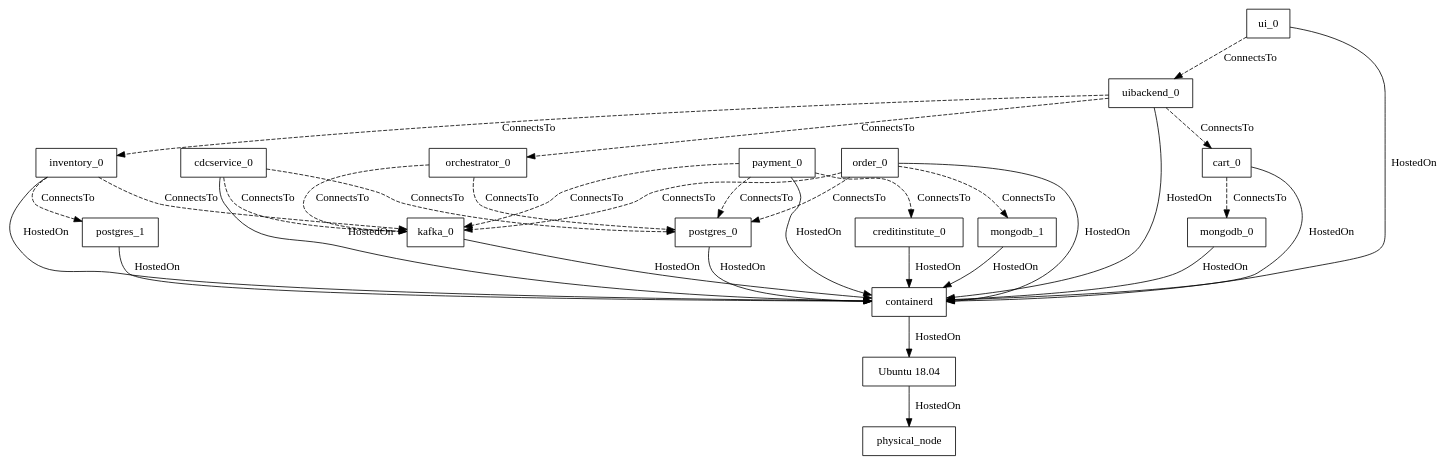
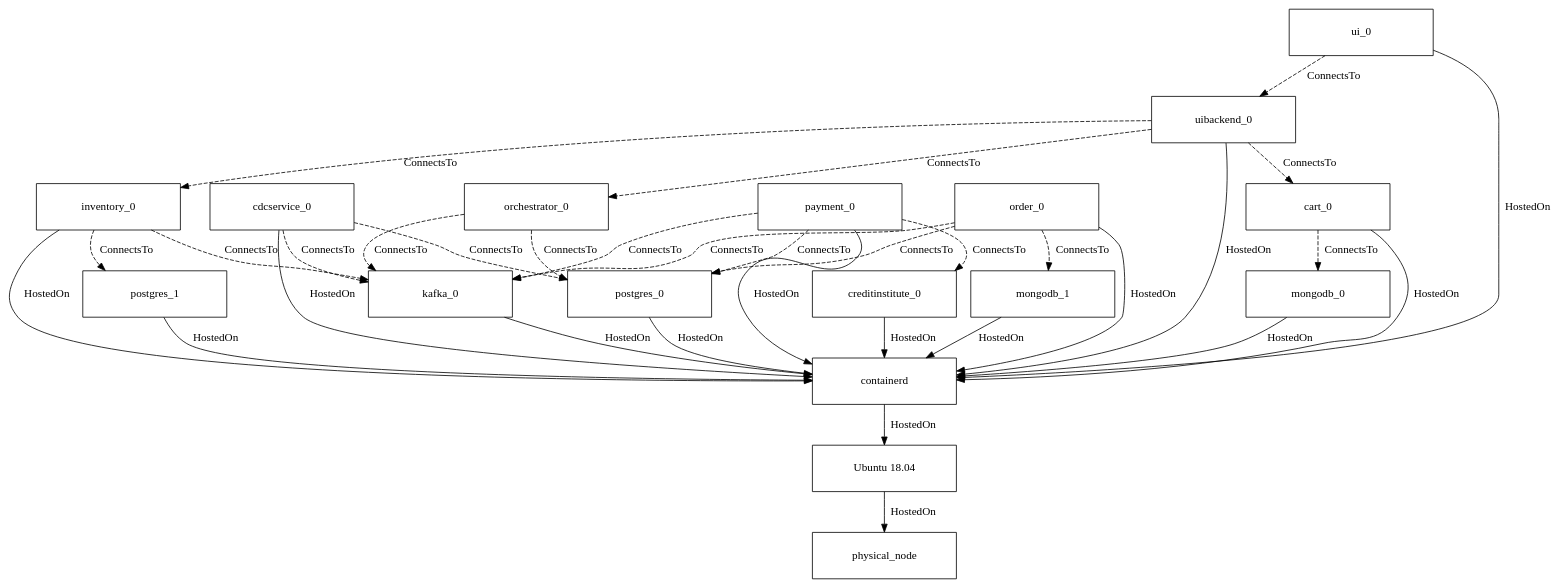
The diagram in example.dot (UST-DeMAF/layout-pipeline), drawn with Graphviz before and after one commit. The commit also changed 3 other files, not shown here.

```diff
--- a/example.dot
+++ b/example.dot
@@ -1,55 +1,55 @@
 strict digraph {
-    physical_node_0 [label="physical_node" shape="polygon"]
-    operating_system_0 [label="Ubuntu 18.04" shape="polygon"]
-    container_runtime_0 [label="containerd" shape="polygon"]
-    mongodb_0 [shape="polygon"]
-    mongodb_1 [shape="polygon"]
-    kafka_0 [shape="polygon"]
-    cdcservice_0 [shape="polygon"]
-    uibackend_0 [shape="polygon"]
-    cart_0 [shape="polygon"]
-    creditinstitute_0 [shape="polygon"]
-    ui_0 [shape="polygon"]
-    orchestrator_0 [shape="polygon"]
-    payment_0 [shape="polygon"]
-    postgres_1 [shape="polygon"]
-    postgres_0 [shape="polygon"]
-    order_0 [shape="polygon"]
-    inventory_0 [shape="polygon"]
+    physical_node_0 [label="physical_node" shape="polygon" width=2.5 height=0.8]
+    operating_system_0 [label="Ubuntu 18.04" shape="polygon" width=2.5 height=0.8]
+    container_runtime_0 [label="containerd" shape="polygon" width=2.5 height=0.8]
+    mongodb_0 [shape="polygon" width=2.5 height=0.8]
+    mongodb_1 [shape="polygon" width=2.5 height=0.8]
+    kafka_0 [shape="polygon" width=2.5 height=0.8]
+    cdcservice_0 [shape="polygon" width=2.5 height=0.8]
+    uibackend_0 [shape="polygon" width=2.5 height=0.8]
+    cart_0 [shape="polygon" width=2.5 height=0.8]
+    creditinstitute_0 [shape="polygon" width=2.5 height=0.8]
+    ui_0 [shape="polygon" width=2.5 height=0.8]
+    orchestrator_0 [shape="polygon" width=2.5 height=0.8]
+    payment_0 [shape="polygon" width=2.5 height=0.8]
+    postgres_1 [shape="polygon" width=2.5 height=0.8]
+    postgres_0 [shape="polygon" width=2.5 height=0.8]
+    order_0 [shape="polygon" width=2.5 height=0.8]
+    inventory_0 [shape="polygon" width=2.5 height=0.8]
 
     operating_system_0 -> physical_node_0 [label="HostedOn"]
     container_runtime_0 -> operating_system_0 [label="HostedOn"]
     mongodb_0 -> container_runtime_0 [label="HostedOn"]
     mongodb_1 -> container_runtime_0 [label="HostedOn"]
     kafka_0 -> container_runtime_0 [label="HostedOn"]
     creditinstitute_0 -> container_runtime_0 [label="HostedOn"]
     uibackend_0 -> container_runtime_0 [label="HostedOn"]
     postgres_1 -> container_runtime_0 [label="HostedOn"]
     order_0 -> container_runtime_0 [label="HostedOn"]
     inventory_0 -> container_runtime_0 [label="HostedOn"]
     ui_0 -> container_runtime_0 [label="HostedOn"]
     cdcservice_0 -> container_runtime_0 [label="HostedOn"]
     payment_0 -> container_runtime_0 [label="HostedOn"]
     postgres_0 -> container_runtime_0 [label="HostedOn"]
     cart_0 -> container_runtime_0 [label="HostedOn"]
 
     subgraph {
         ui_0 -> uibackend_0 [label="ConnectsTo" style="dashed"]
         cdcservice_0 -> postgres_0 [label="ConnectsTo" style="dashed"]
         orchestrator_0 -> postgres_0 [label="ConnectsTo" style="dashed"]
         cdcservice_0 -> kafka_0 [label="ConnectsTo" style="dashed"]
         uibackend_0 -> cart_0 [label="ConnectsTo" style="dashed"]
         inventory_0 -> postgres_1 [label="ConnectsTo" style="dashed"]
         orchestrator_0 -> kafka_0 [label="ConnectsTo" style="dashed"]
         uibackend_0 -> inventory_0 [label="ConnectsTo" style="dashed"]
         payment_0 -> kafka_0 [label="ConnectsTo" style="dashed"]
         payment_0 -> postgres_0 [label="ConnectsTo" style="dashed"]
         order_0 -> mongodb_1 [label="ConnectsTo" style="dashed"]
         order_0 -> kafka_0 [label="ConnectsTo" style="dashed"]
         uibackend_0 -> orchestrator_0 [label="ConnectsTo" style="dashed"]
         cart_0 -> mongodb_0 [label="ConnectsTo" style="dashed"]
         payment_0 -> creditinstitute_0 [label="ConnectsTo" style="dashed"]
         order_0 -> postgres_0 [label="ConnectsTo" style="dashed"]
         inventory_0 -> kafka_0 [label="ConnectsTo" style="dashed"]
     }
 }
```
